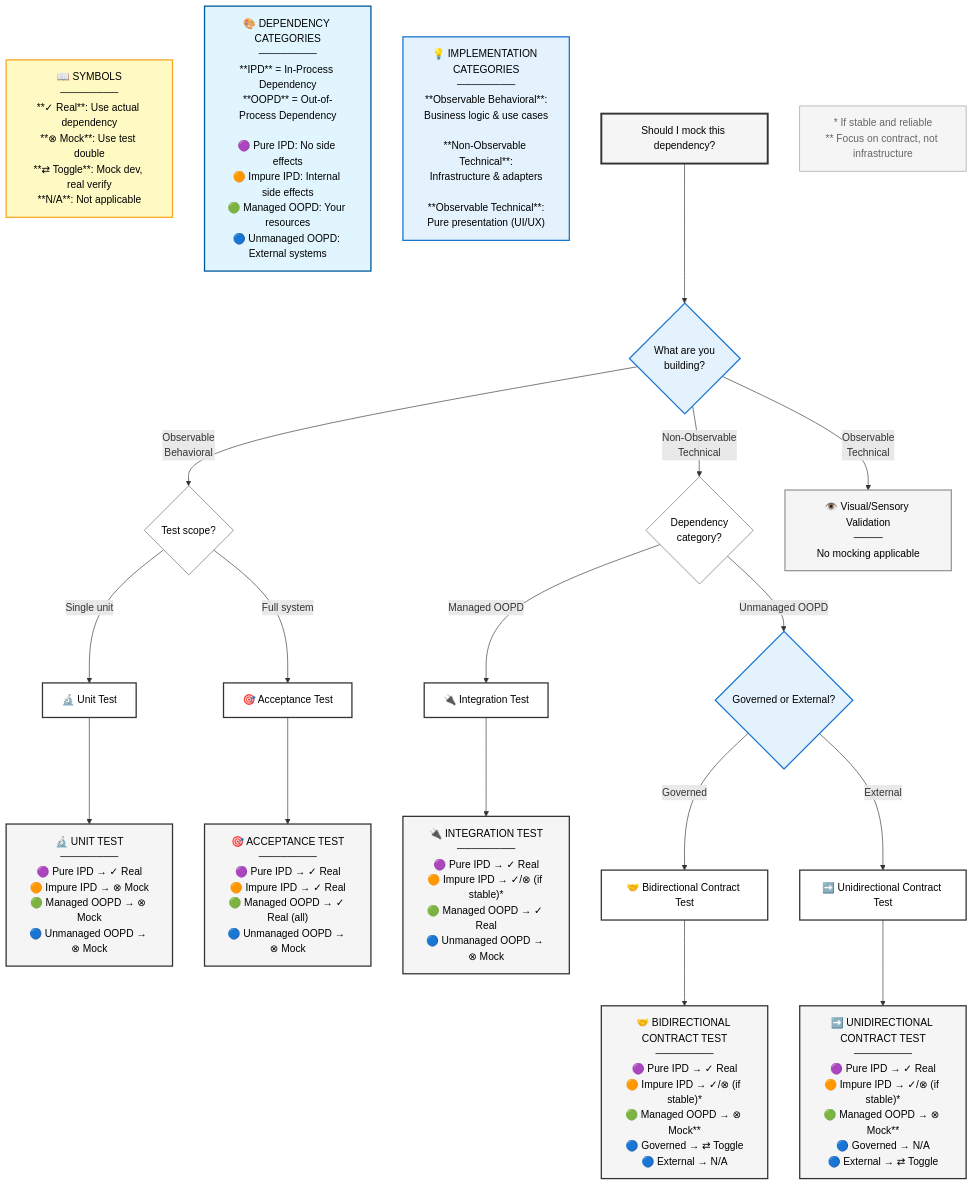
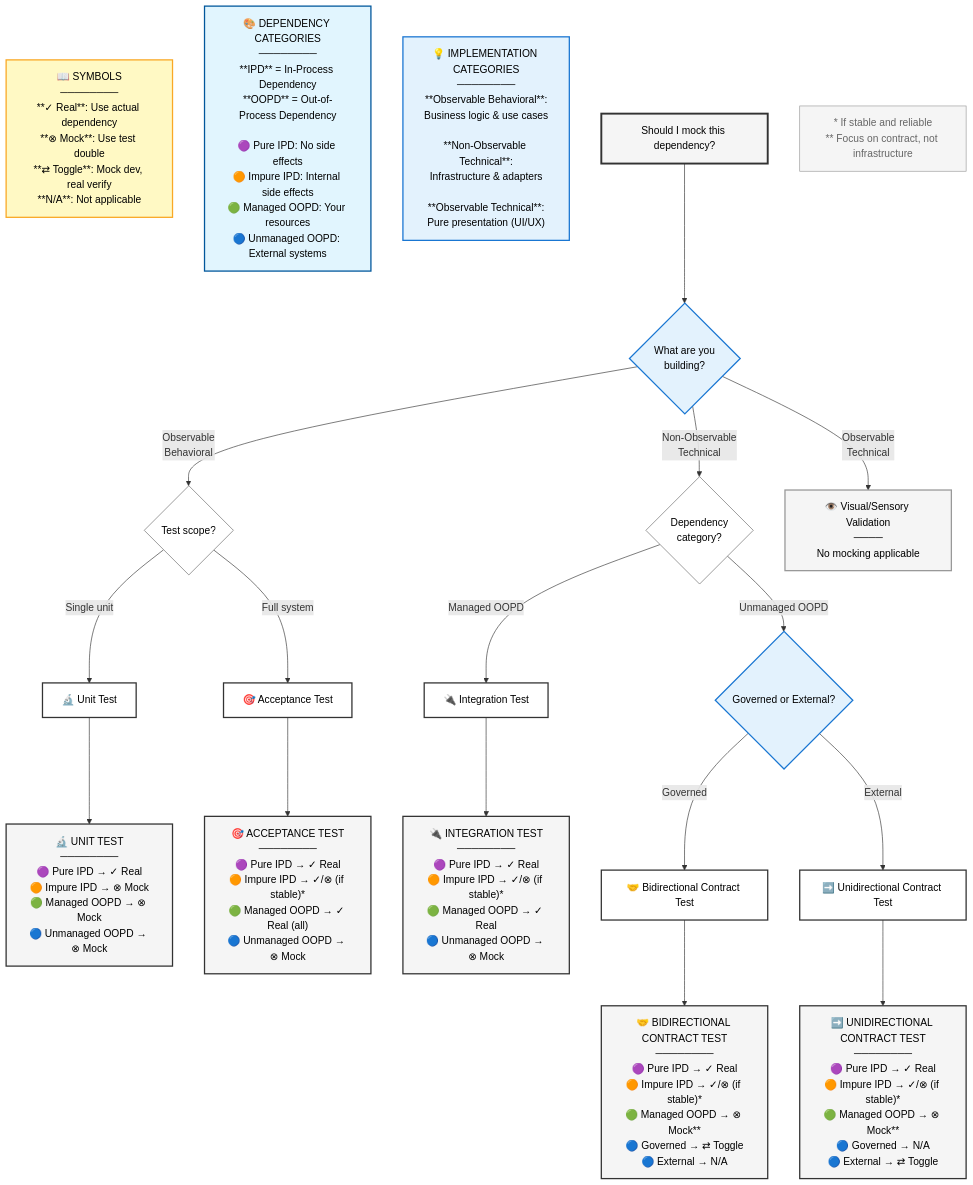
The diagram in appendices/appendix-e/dependencies-mocking-decision-flow.mermaid (dawid-dahl-umain/augmented-ai-development), drawn with Mermaid before and after one commit. The commit also changed 3 other files, not shown here.

```diff
--- a/appendices/appendix-e/dependencies-mocking-decision-flow.mermaid
+++ b/appendices/appendix-e/dependencies-mocking-decision-flow.mermaid
@@ -1,64 +1,64 @@
 graph TD
     %% Reference boxes (no arrows to main flow)
     Legend["📖 SYMBOLS<br/>────────<br/>**✓ Real**: Use actual dependency<br/>**⊗ Mock**: Use test double<br/>**⇄ Toggle**: Mock dev, real verify<br/>**N/A**: Not applicable"]
     
     DepTypes["🎨 DEPENDENCY CATEGORIES<br/>────────<br/>**IPD** = In-Process Dependency<br/>**OOPD** = Out-of-Process Dependency<br/><br/>🟣 Pure IPD: No side effects<br/>🟠 Impure IPD: Internal side effects<br/>🟢 Managed OOPD: Your resources<br/>🔵 Unmanaged OOPD: External systems"]
     
     Info["💡 IMPLEMENTATION CATEGORIES<br/>────────<br/>**Observable Behavioral**:<br/>Business logic & use cases<br/><br/>**Non-Observable Technical**:<br/>Infrastructure & adapters<br/><br/>**Observable Technical**:<br/>Pure presentation (UI/UX)"]
     
     %% Main decision flow
     Start["Should I mock this dependency?"]
     
     Start --> Q1{"What are you<br/>building?"}
     
     Q1 -->|Observable<br/>Behavioral| BehaviorSplit{"Test scope?"}
     Q1 -->|Non-Observable<br/>Technical| TechSplit{"Dependency<br/>category?"}
     Q1 -->|Observable<br/>Technical| Visual["👁️ Visual/Sensory Validation<br/>────<br/>No mocking applicable"]
     
     BehaviorSplit -->|Single unit| UnitChoice["🔬 Unit Test"]
     BehaviorSplit -->|Full system| AccChoice["🎯 Acceptance Test"]
     
     TechSplit -->|Managed OOPD| IntChoice["🔌 Integration Test"]
     TechSplit -->|Unmanaged OOPD| ContractRoute{"Governed or External?"}
     
     ContractRoute -->|Governed| BiChoice["🤝 Bidirectional Contract Test"]
     ContractRoute -->|External| UniChoice["➡️ Unidirectional Contract Test"]
     
     %% Compact answer nodes
     UnitChoice --> UnitAnswer["🔬 UNIT TEST<br/>────────<br/>🟣 Pure IPD → ✓ Real<br/>🟠 Impure IPD → ⊗ Mock<br/>🟢 Managed OOPD → ⊗ Mock<br/>🔵 Unmanaged OOPD → ⊗ Mock"]
     
     IntChoice --> IntAnswer["🔌 INTEGRATION TEST<br/>────────<br/>🟣 Pure IPD → ✓ Real<br/>🟠 Impure IPD → ✓/⊗ (if stable)*<br/>🟢 Managed OOPD → ✓ Real<br/>🔵 Unmanaged OOPD → ⊗ Mock"]
     
     BiChoice --> BiAnswer["🤝 BIDIRECTIONAL CONTRACT TEST<br/>────────<br/>🟣 Pure IPD → ✓ Real<br/>🟠 Impure IPD → ✓/⊗ (if stable)*<br/>🟢 Managed OOPD → ⊗ Mock**<br/>🔵 Governed → ⇄ Toggle<br/>🔵 External → N/A"]
     
     UniChoice --> UniAnswer["➡️ UNIDIRECTIONAL CONTRACT TEST<br/>────────<br/>🟣 Pure IPD → ✓ Real<br/>🟠 Impure IPD → ✓/⊗ (if stable)*<br/>🟢 Managed OOPD → ⊗ Mock**<br/>🔵 Governed → N/A<br/>🔵 External → ⇄ Toggle"]
     
-    AccChoice --> AccAnswer["🎯 ACCEPTANCE TEST<br/>────────<br/>🟣 Pure IPD → ✓ Real<br/>🟠 Impure IPD → ✓ Real<br/>🟢 Managed OOPD → ✓ Real (all)<br/>🔵 Unmanaged OOPD → ⊗ Mock"]
+    AccChoice --> AccAnswer["🎯 ACCEPTANCE TEST<br/>────────<br/>🟣 Pure IPD → ✓ Real<br/>🟠 Impure IPD → ✓/⊗ (if stable)*<br/>🟢 Managed OOPD → ✓ Real (all)<br/>🔵 Unmanaged OOPD → ⊗ Mock"]
     
     %% Footnotes
     Footnotes["* If stable and reliable<br/>** Focus on contract, not infrastructure"]
     
     %% Styling - minimal, functional only
     style Legend fill:#fff9c4,stroke:#f9a825,stroke-width:2px,color:#000
     style DepTypes fill:#e1f5fe,stroke:#01579b,stroke-width:2px,color:#000
     style Info fill:#e3f2fd,stroke:#1976d2,stroke-width:2px,color:#000
     style Footnotes fill:#f5f5f5,stroke:#999,stroke-width:1px,color:#666
     
     style Start fill:#f5f5f5,stroke:#333,stroke-width:3px,color:#000
     style Q1 fill:#e3f2fd,stroke:#1976d2,stroke-width:2px,color:#000
     style BehaviorSplit fill:#fff,stroke:#666,stroke-width:1px,color:#000
     style TechSplit fill:#fff,stroke:#666,stroke-width:1px,color:#000
     style ContractRoute fill:#e3f2fd,stroke:#1976d2,stroke-width:2px,color:#000
     
     style Visual fill:#f5f5f5,stroke:#999,stroke-width:2px,color:#000
     style UnitChoice fill:#fff,stroke:#333,stroke-width:2px,color:#000
     style IntChoice fill:#fff,stroke:#333,stroke-width:2px,color:#000
     style BiChoice fill:#fff,stroke:#333,stroke-width:2px,color:#000
     style UniChoice fill:#fff,stroke:#333,stroke-width:2px,color:#000
     style AccChoice fill:#fff,stroke:#333,stroke-width:2px,color:#000
     
     style UnitAnswer fill:#f5f5f5,stroke:#333,stroke-width:2px,color:#000
     style IntAnswer fill:#f5f5f5,stroke:#333,stroke-width:2px,color:#000
     style BiAnswer fill:#f5f5f5,stroke:#333,stroke-width:2px,color:#000
     style UniAnswer fill:#f5f5f5,stroke:#333,stroke-width:2px,color:#000
     style AccAnswer fill:#f5f5f5,stroke:#333,stroke-width:2px,color:#000
```
